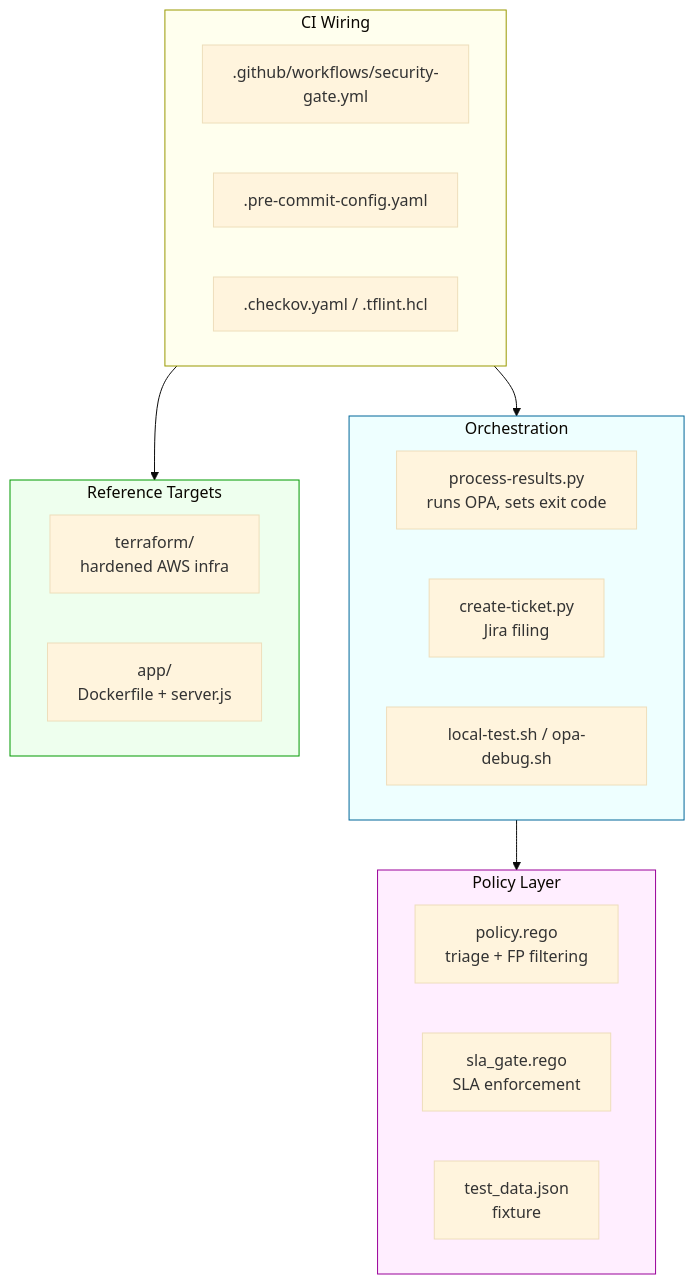
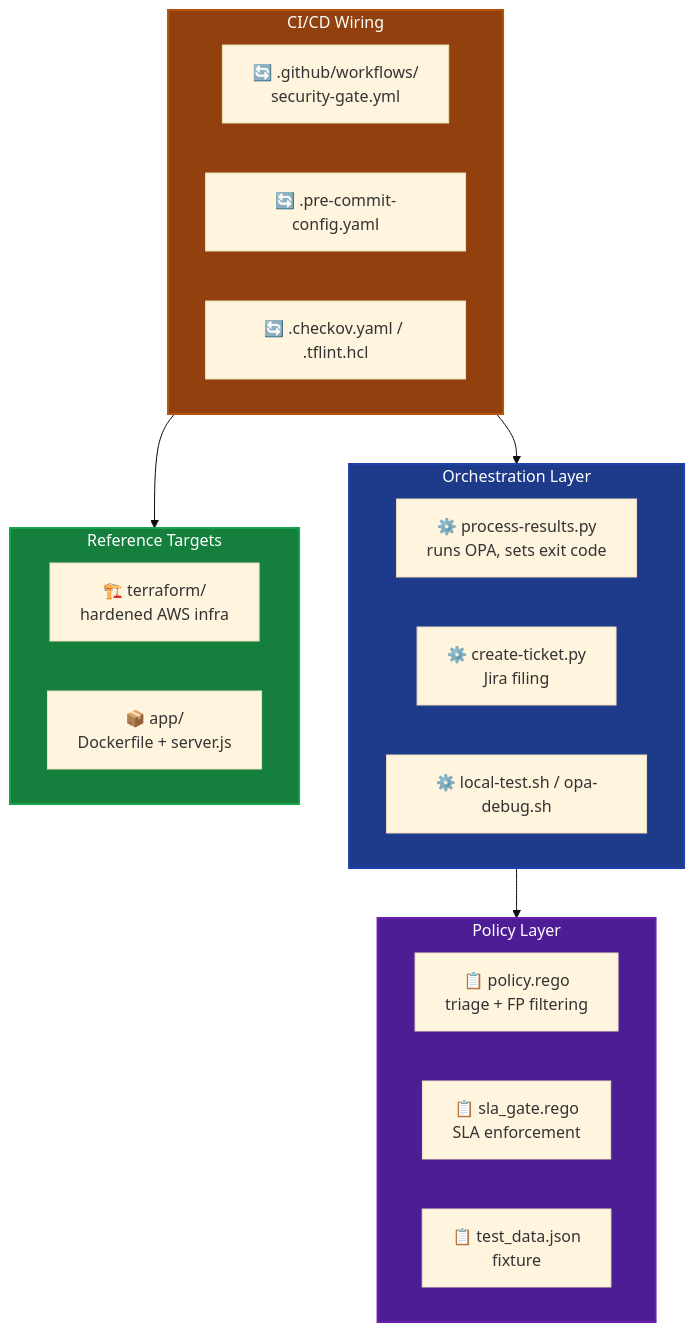
Before and after one commit to JoshuaOmosa/Devsecops-gate: the third of 5 diagrams in README.md, drawn with Mermaid (base theme). The commit also changed other lines of this file, not shown here.

````diff
--- a/README.md
+++ b/README.md
@@ -69,34 +78,34 @@
 ```mermaid
 flowchart TB
     subgraph Policy["Policy Layer"]
-        P1[policy.rego<br/>triage + FP filtering]
-        P2[sla_gate.rego<br/>SLA enforcement]
-        P3[test_data.json<br/>fixture]
+        P1["📋 policy.rego<br/>triage + FP filtering"]
+        P2["📋 sla_gate.rego<br/>SLA enforcement"]
+        P3["📋 test_data.json<br/>fixture"]
     end
 
-    subgraph Orchestration["Orchestration"]
-        O1[process-results.py<br/>runs OPA, sets exit code]
-        O2[create-ticket.py<br/>Jira filing]
-        O3[local-test.sh / opa-debug.sh]
+    subgraph Orchestration["Orchestration Layer"]
+        O1["⚙️ process-results.py<br/>runs OPA, sets exit code"]
+        O2["⚙️ create-ticket.py<br/>Jira filing"]
+        O3["⚙️ local-test.sh / opa-debug.sh"]
     end
 
-    subgraph CI["CI Wiring"]
-        C1[.github/workflows/security-gate.yml]
-        C2[.pre-commit-config.yaml]
-        C3[.checkov.yaml / .tflint.hcl]
+    subgraph CI["CI/CD Wiring"]
+        C1["🔄 .github/workflows/<br/>security-gate.yml"]
+        C2["🔄 .pre-commit-config.yaml"]
+        C3["🔄 .checkov.yaml / .tflint.hcl"]
     end
 
     subgraph Targets["Reference Targets"]
-        T1[terraform/<br/>hardened AWS infra]
-        T2[app/<br/>Dockerfile + server.js]
+        T1["🏗️ terraform/<br/>hardened AWS infra"]
+        T2["📦 app/<br/>Dockerfile + server.js"]
     end
 
     Orchestration --> Policy
     CI --> Orchestration
     CI --> Targets
 
-    style Policy fill:#fef,stroke:#909
-    style Orchestration fill:#eff,stroke:#069
-    style CI fill:#ffe,stroke:#990
-    style Targets fill:#efe,stroke:#090
+    style Policy fill:#4c1d95,color:#fff,stroke:#6b21a8,stroke-width:2px
+    style Orchestration fill:#1e3a8a,color:#fff,stroke:#1e40af,stroke-width:2px
+    style CI fill:#92400e,color:#fff,stroke:#b45309,stroke-width:2px
+    style Targets fill:#15803d,color:#fff,stroke:#16a34a,stroke-width:2px
 ```
````
